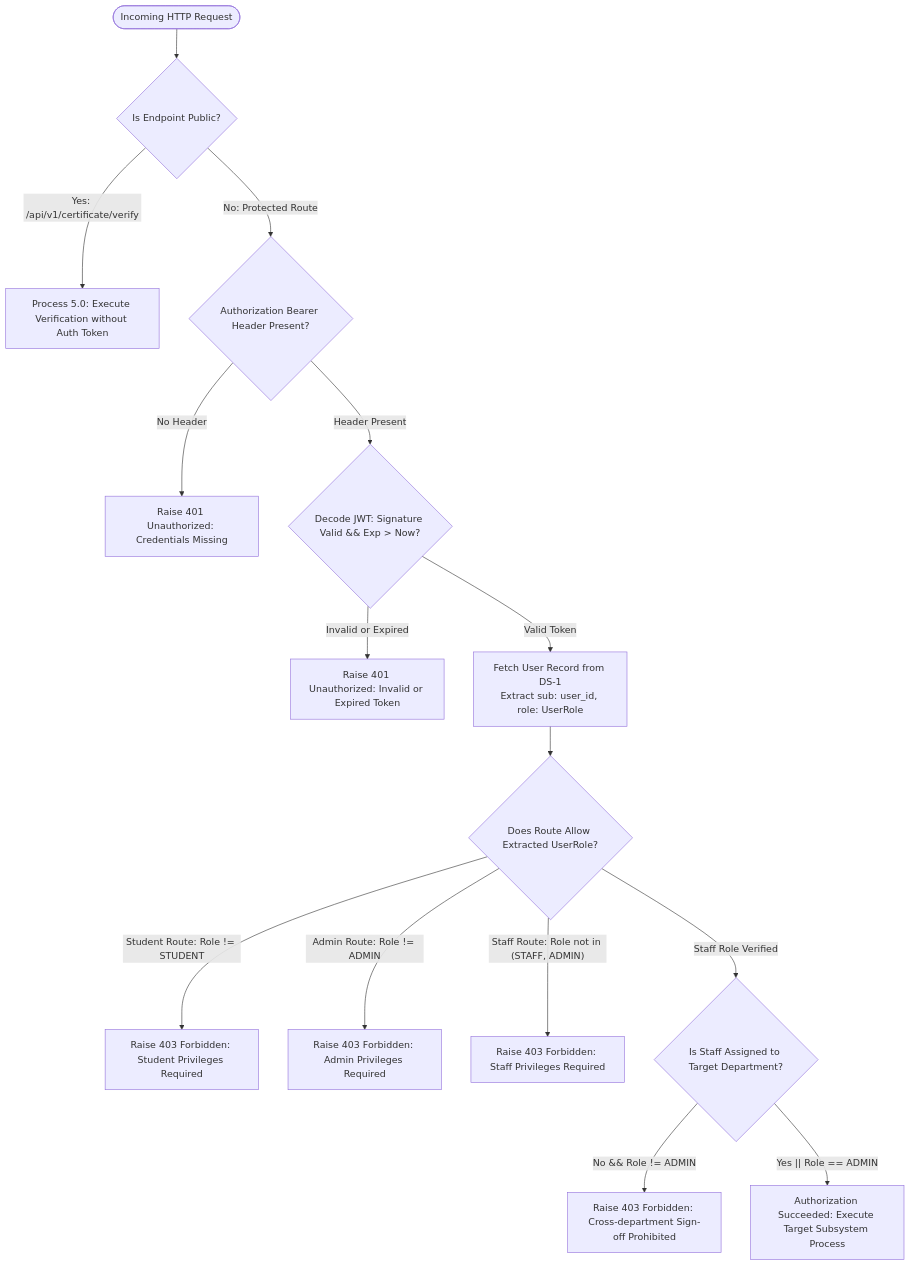
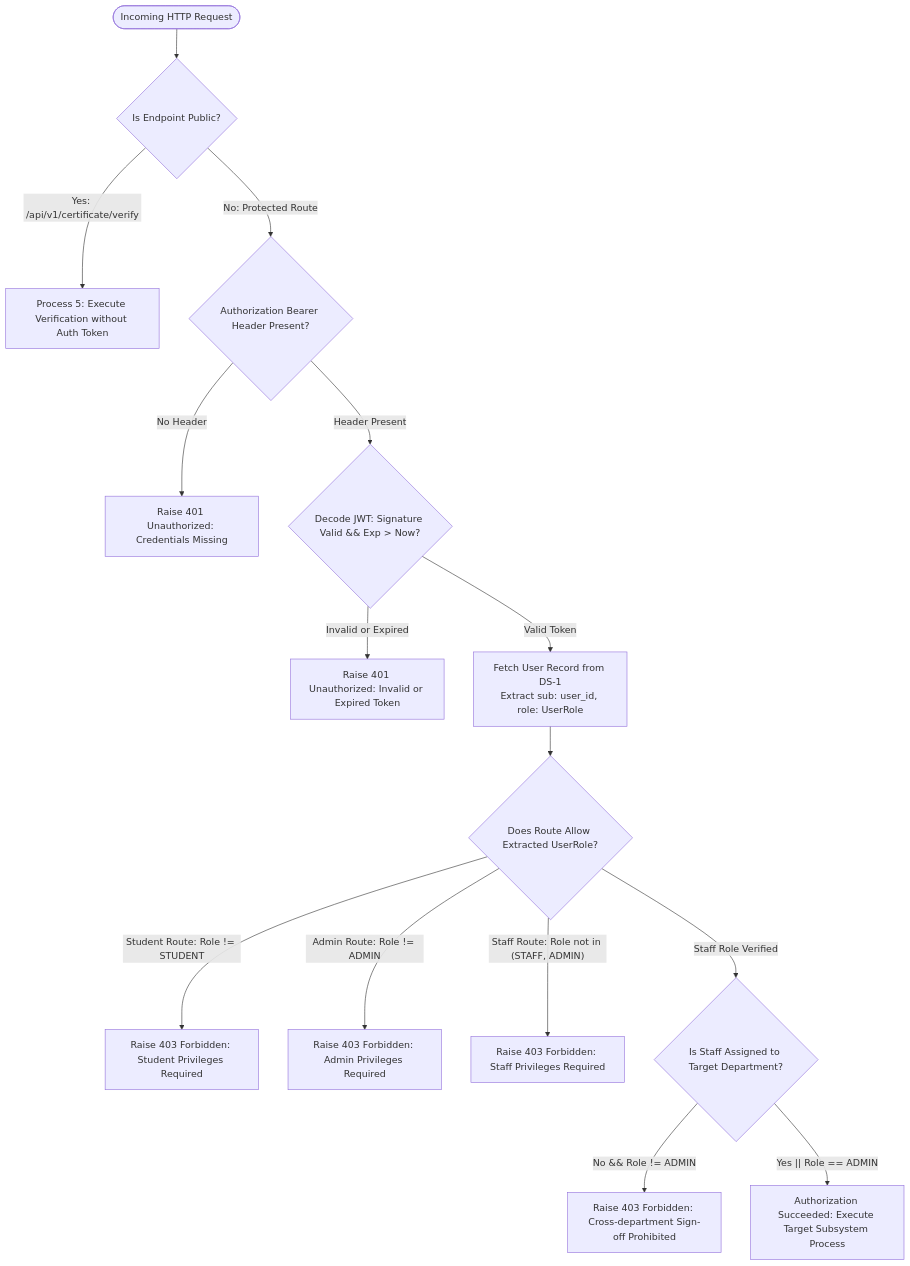
Before and after one commit to rags-git/clearance-automation-engine: the sixth of 6 diagrams in docs/DFD.md, drawn with Mermaid. The commit also changed other lines of this file and 8 other files, not shown here.

Commit message:
refactor(dfd): remove 1.0/1.1 labels and data composition column, and enhance Level 1 diagram visibility

````diff
--- a/docs/DFD.md
+++ b/docs/DFD.md
@@ -445,23 +441,23 @@
 ```mermaid
 flowchart TD
     Req(["Incoming HTTP Request"]) --> CheckAuth{"Is Endpoint Public?"}
     
-    CheckAuth -- "Yes: /api/v1/certificate/verify" --> ServePublic["Process 5.0: Execute Verification without Auth Token"]
+    CheckAuth -- "Yes: /api/v1/certificate/verify" --> ServePublic["Process 5: Execute Verification without Auth Token"]
     CheckAuth -- "No: Protected Route" --> CheckHeader{"Authorization Bearer Header Present?"}
     
     CheckHeader -- "No Header" --> Reject401["Raise 401 Unauthorized: Credentials Missing"]
     CheckHeader -- "Header Present" --> DecodeJWT{"Decode JWT: Signature Valid && Exp > Now?"}
     
     DecodeJWT -- "Invalid or Expired" --> Reject401Expired["Raise 401 Unauthorized: Invalid or Expired Token"]
     DecodeJWT -- "Valid Token" --> ExtractUser["Fetch User Record from DS-1<br/>Extract sub: user_id, role: UserRole"]
     
     ExtractUser --> CheckRouteRole{"Does Route Allow Extracted UserRole?"}
     
     CheckRouteRole -- "Student Route: Role != STUDENT" --> Reject403S["Raise 403 Forbidden: Student Privileges Required"]
     CheckRouteRole -- "Admin Route: Role != ADMIN" --> Reject403A["Raise 403 Forbidden: Admin Privileges Required"]
     CheckRouteRole -- "Staff Route: Role not in (STAFF, ADMIN)" --> Reject403St["Raise 403 Forbidden: Staff Privileges Required"]
     
     CheckRouteRole -- "Staff Role Verified" --> CheckDept{"Is Staff Assigned to Target Department?"}
     CheckDept -- "No && Role != ADMIN" --> Reject403Dept["Raise 403 Forbidden: Cross-department Sign-off Prohibited"]
     CheckDept -- "Yes || Role == ADMIN" --> AllowExecute["Authorization Succeeded: Execute Target Subsystem Process"]
 ```
````
